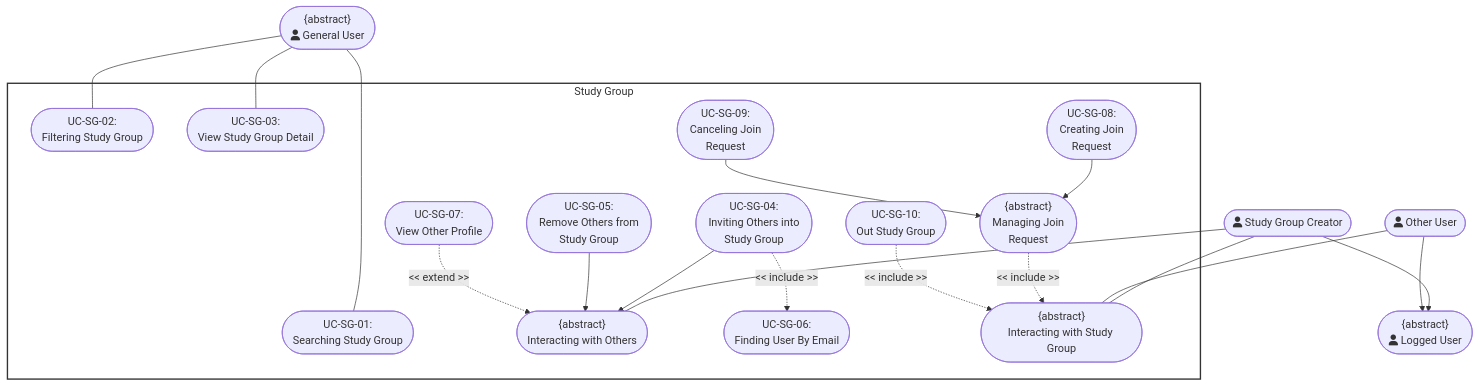
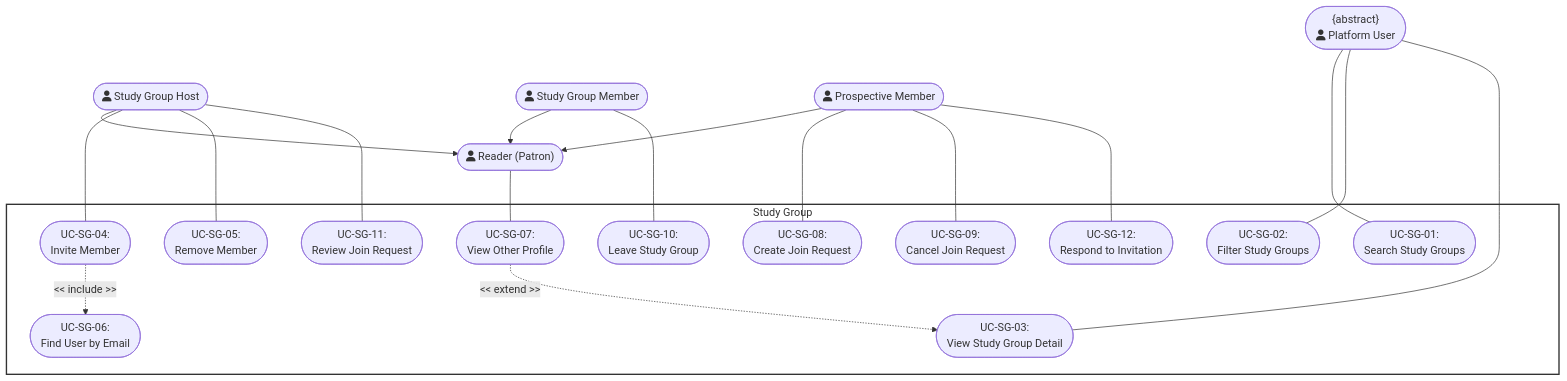
One commit to DuyNhat1705/AmeThyst-Library changed the sixth of 9 diagrams in docs/management/PA4/Use-CaseDiagram.md. Above: the diagram before and after it, drawn with Mermaid. The commit also changed other lines of this file and 13 other files, not shown here.

Commit message:
Refractor PA4 for final commit and Rewrite TestReport for CreateStudyGroup

````diff
--- a/docs/management/PA4/Use-CaseDiagram.md
+++ b/docs/management/PA4/Use-CaseDiagram.md
@@ -261,40 +213,48 @@
 ```mermaid
 flowchart TD
- subgraph StudyGroup["Study Group"]
-        UC1(["<center>UC-SG-01:<br>Searching Study Group</center>"])
-        UC2(["<center>UC-SG-02:<br>Filtering Study Group</center>"])
-        UC3(["<center>UC-SG-03:<br>View Study Group Detail</center>"])
-        UC5(["<center>UC-SG-04:<br>Inviting Others into<br>Study Group</center>"])
-        UC4(["<center>{abstract}<br>Interacting with Others</center>"])
-        UC6(["<center>UC-SG-05:<br>Remove Others from<br>Study Group</center>"])
-        UC7(["<center>UC-SG-06:<br>Finding User By Email</center>"])
-        UC8(["<center>UC-SG-07:<br>View Other Profile</center>"])
-        UC9(["<center>{abstract}<br>Interacting with Study Group</center>"])
-        UC10(["<center>{abstract}<br>Managing Join<br>Request</center>"])
-        UC11(["<center>UC-SG-08:<br>Creating Join<br>Request</center>"])
-        UC12(["<center>UC-SG-09:<br>Canceling Join<br>Request</center>"])
-        UC13(["<center>UC-SG-10:<br>Out Study Group</center>"])
-  end
-    StudyGroupCreator(["<center>fa:fa-user Study Group Creator</center>"]) --> User(["<center>{abstract}<br>fa:fa-user Logged User</center>"])
-    OtherUser(["<center>fa:fa-user Other User</center>"]) --> User
-    GeneralUser(["<center>{abstract}<br>fa:fa-user General User</center>"]) ~~~ StudyGroupCreator
-    StudyGroupCreator ~~~ User
-    GeneralUser ~~~~~ StudyGroup
-    GeneralUser --- UC1 & UC2 & UC3
-    StudyGroupCreator --- UC4 & UC9
-    OtherUser --- UC9
+    PlatformUser(["<center>{abstract}<br/>fa:fa-user Platform User</center>"])
 
-    %% Generalization (Specific -> Abstract)
-    UC5 --> UC4
-    UC6 --> UC4
-    UC11 --> UC10
-    UC12 --> UC10
+    subgraph StudyGroupSystem [Study Group]
+        UC_Search(["<center>UC-SG-01:<br/>Search Study Groups</center>"])
+        UC_Filter(["<center>UC-SG-02:<br/>Filter Study Groups</center>"])
+        UC_Detail(["<center>UC-SG-03:<br/>View Study Group Detail</center>"])
+        UC_Invite(["<center>UC-SG-04:<br/>Invite Member</center>"])
+        UC_Remove(["<center>UC-SG-05:<br/>Remove Member</center>"])
+        UC_Find(["<center>UC-SG-06:<br/>Find User by Email</center>"])
+        UC_Profile(["<center>UC-SG-07:<br/>View Other Profile</center>"])
+        UC_Request(["<center>UC-SG-08:<br/>Create Join Request</center>"])
+        UC_Cancel(["<center>UC-SG-09:<br/>Cancel Join Request</center>"])
+        UC_Leave(["<center>UC-SG-10:<br/>Leave Study Group</center>"])
+        UC_Review(["<center>UC-SG-11:<br/>Review Join Request</center>"])
+        UC_Respond(["<center>UC-SG-12:<br/>Respond to Invitation</center>"])
 
-    %% Includes & Extends (Fixed from misuse of generalization)
-    UC5 -. "<< include >>" .-> UC7
-    UC8 -. "<< extend >>" .-> UC4
-    UC10 -. "<< include >>" .-> UC9
-    UC13 -. "<< include >>" .-> UC9
+        UC_Profile -. "<< extend >>" .-> UC_Detail
+        UC_Invite -. "<< include >>" .-> UC_Find
+    end
 
-    style StudyGroup fill:#fff,stroke:#333,stroke-width:2px
+    Reader(["<center>fa:fa-user Reader (Patron)</center>"])
+    Host(["<center>fa:fa-user Study Group Host</center>"])
+    Member(["<center>fa:fa-user Study Group Member</center>"])
+    Applicant(["<center>fa:fa-user Prospective Member</center>"])
+
+    Host --> Reader
+    Member --> Reader
+    Applicant --> Reader
+
+    PlatformUser ~~~~~ StudyGroupSystem
+    PlatformUser ~~~ Host
+
+    PlatformUser --- UC_Search
+    PlatformUser --- UC_Filter
+    PlatformUser --- UC_Detail
+    Reader --- UC_Profile
+    Host --- UC_Invite
+    Host --- UC_Remove
+    Host --- UC_Review
+    Member --- UC_Leave
+    Applicant --- UC_Request
+    Applicant --- UC_Cancel
+    Applicant --- UC_Respond
+
+    style StudyGroupSystem fill:#fff,stroke:#333,stroke-width:2px
 ```
````
